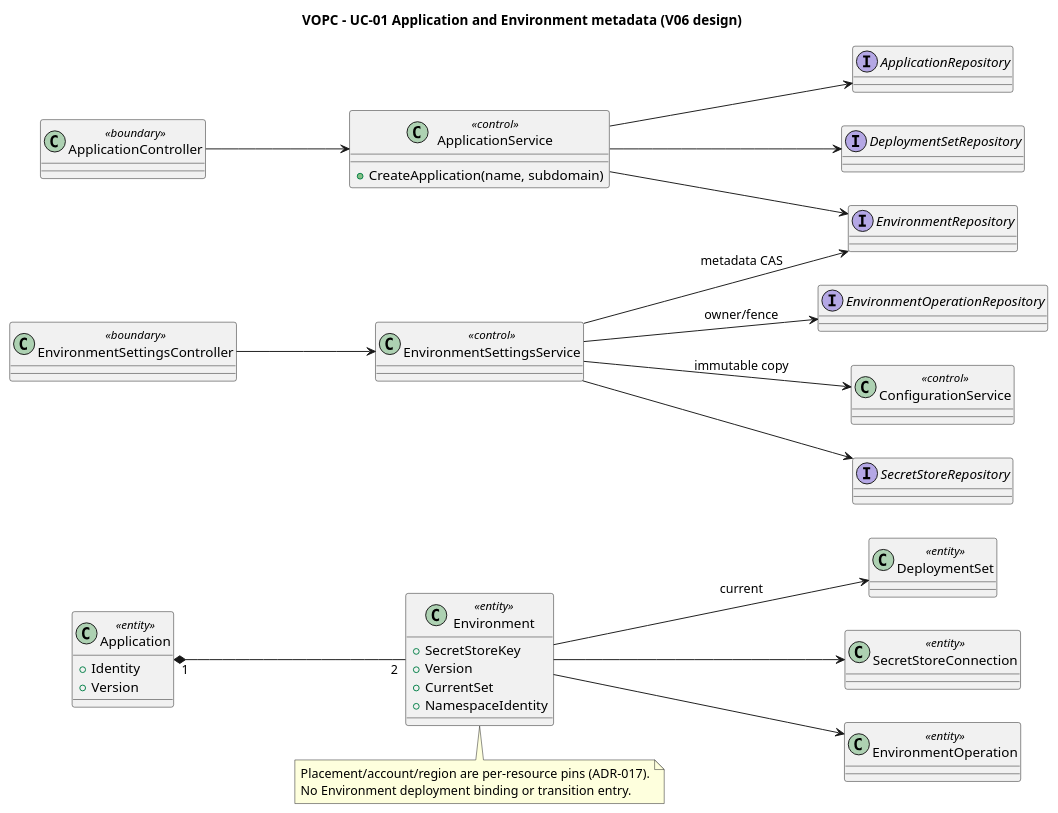
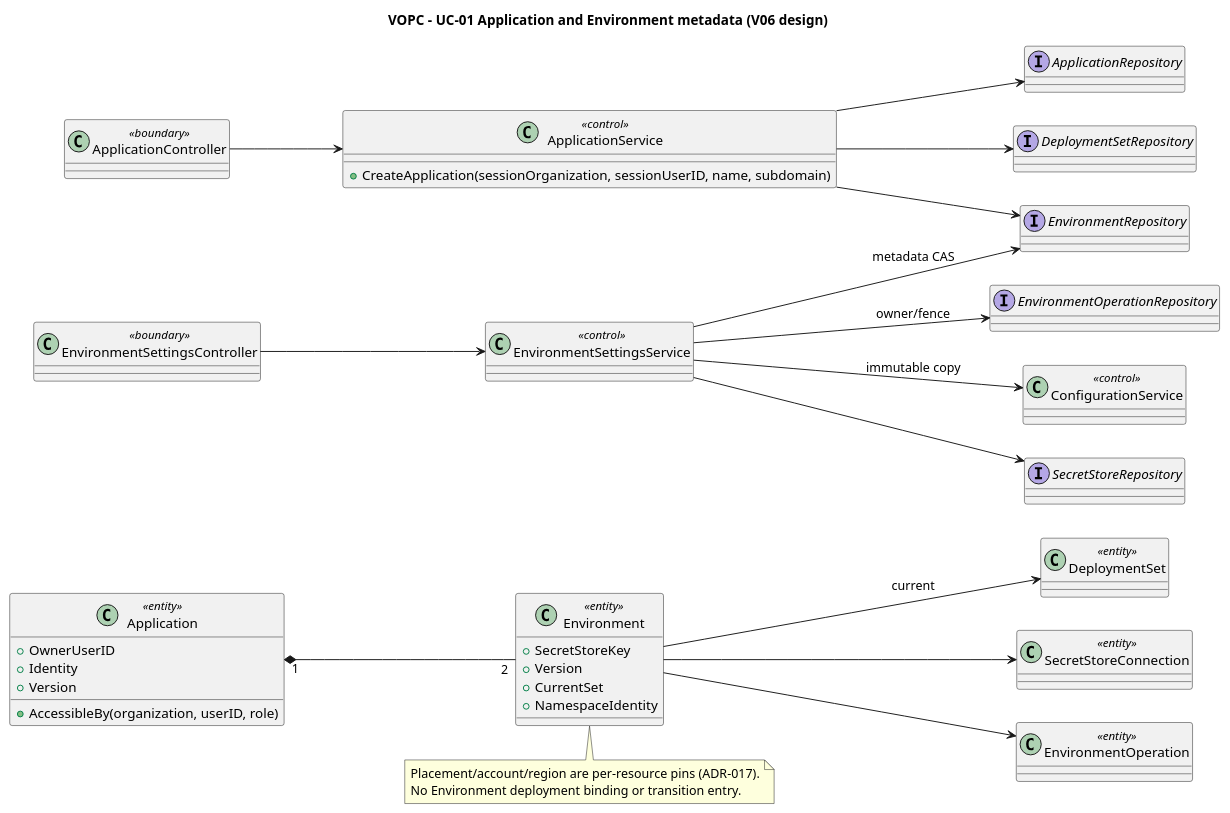
The diagram in orchestrator_docs/usecase/UC-01/vopc.puml (pr3s3nt/poc), drawn with PlantUML before and after one commit. The commit also changed 44 other files, not shown here.

```diff
--- a/orchestrator_docs/usecase/UC-01/vopc.puml
+++ b/orchestrator_docs/usecase/UC-01/vopc.puml
@@ -1,46 +1,48 @@
 @startuml
 title VOPC - UC-01 Application and Environment metadata (V06 design)
 left to right direction
 class ApplicationController <<boundary>>
 class EnvironmentSettingsController <<boundary>>
 class ApplicationService <<control>> {
- +CreateApplication(name, subdomain)
+ +CreateApplication(sessionOrganization, sessionUserID, name, subdomain)
 }
 class EnvironmentSettingsService <<control>>
 class ConfigurationService <<control>>
 class Application <<entity>> {
+ +OwnerUserID
+ +AccessibleBy(organization, userID, role)
  +Identity
  +Version
 }
 class Environment <<entity>> {
  +SecretStoreKey
  +Version
  +CurrentSet
  +NamespaceIdentity
 }
 class DeploymentSet <<entity>>
 class SecretStoreConnection <<entity>>
 class EnvironmentOperation <<entity>>
 interface ApplicationRepository
 interface EnvironmentRepository
 interface DeploymentSetRepository
 interface SecretStoreRepository
 interface EnvironmentOperationRepository
 ApplicationController --> ApplicationService
 ApplicationService --> ApplicationRepository
 ApplicationService --> EnvironmentRepository
 ApplicationService --> DeploymentSetRepository
 EnvironmentSettingsController --> EnvironmentSettingsService
 EnvironmentSettingsService --> ConfigurationService : immutable copy
 EnvironmentSettingsService --> EnvironmentRepository : metadata CAS
 EnvironmentSettingsService --> SecretStoreRepository
 EnvironmentSettingsService --> EnvironmentOperationRepository : owner/fence
 Application "1" *-- "2" Environment
 Environment --> DeploymentSet : current
 Environment --> SecretStoreConnection
 Environment --> EnvironmentOperation
 note bottom of Environment
 Placement/account/region are per-resource pins (ADR-017).
 No Environment deployment binding or transition entry.
 end note
 @enduml
```
